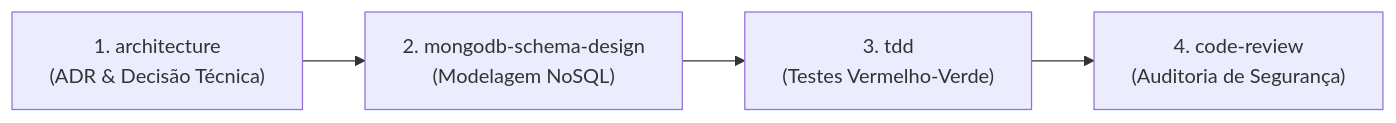
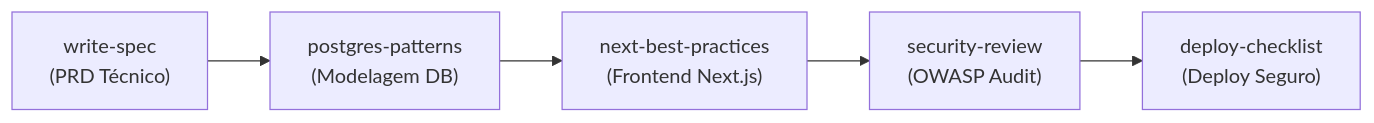
Before and after one commit to Henrique1601/SkiilsToIAs: the second of 6 diagrams in CEREBRO.md, drawn with Mermaid. The commit also changed other lines of this file and 257 other files, not shown here.

````diff
--- a/CEREBRO.md
+++ b/CEREBRO.md
@@ -108,10 +116,7 @@
 ```mermaid
 flowchart LR
-    A["1. architecture
-(ADR & Decisão Técnica)"] --> B["2. mongodb-schema-design
-(Modelagem NoSQL)"]
-    B --> C["3. tdd
-(Testes Vermelho-Verde)"]
-    C --> D["4. code-review
-(Auditoria de Segurança)"]
+    A["write-spec<br/>(PRD Técnico)"] --> B["postgres-patterns<br/>(Modelagem DB)"]
+    B --> C["next-best-practices<br/>(Frontend Next.js)"]
+    C --> D["security-review<br/>(OWASP Audit)"]
+    D --> E["deploy-checklist<br/>(Deploy Seguro)"]
 ```
````
